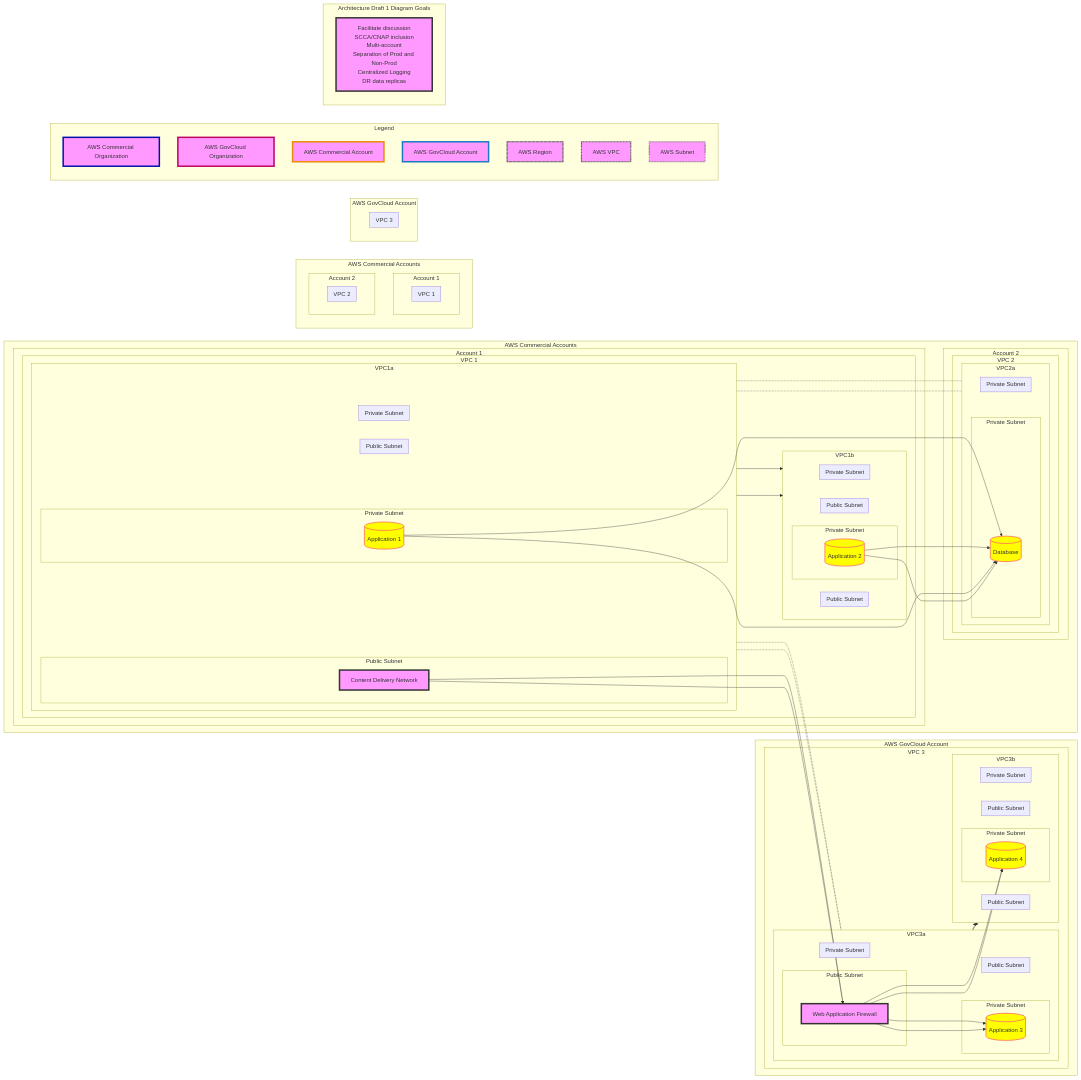
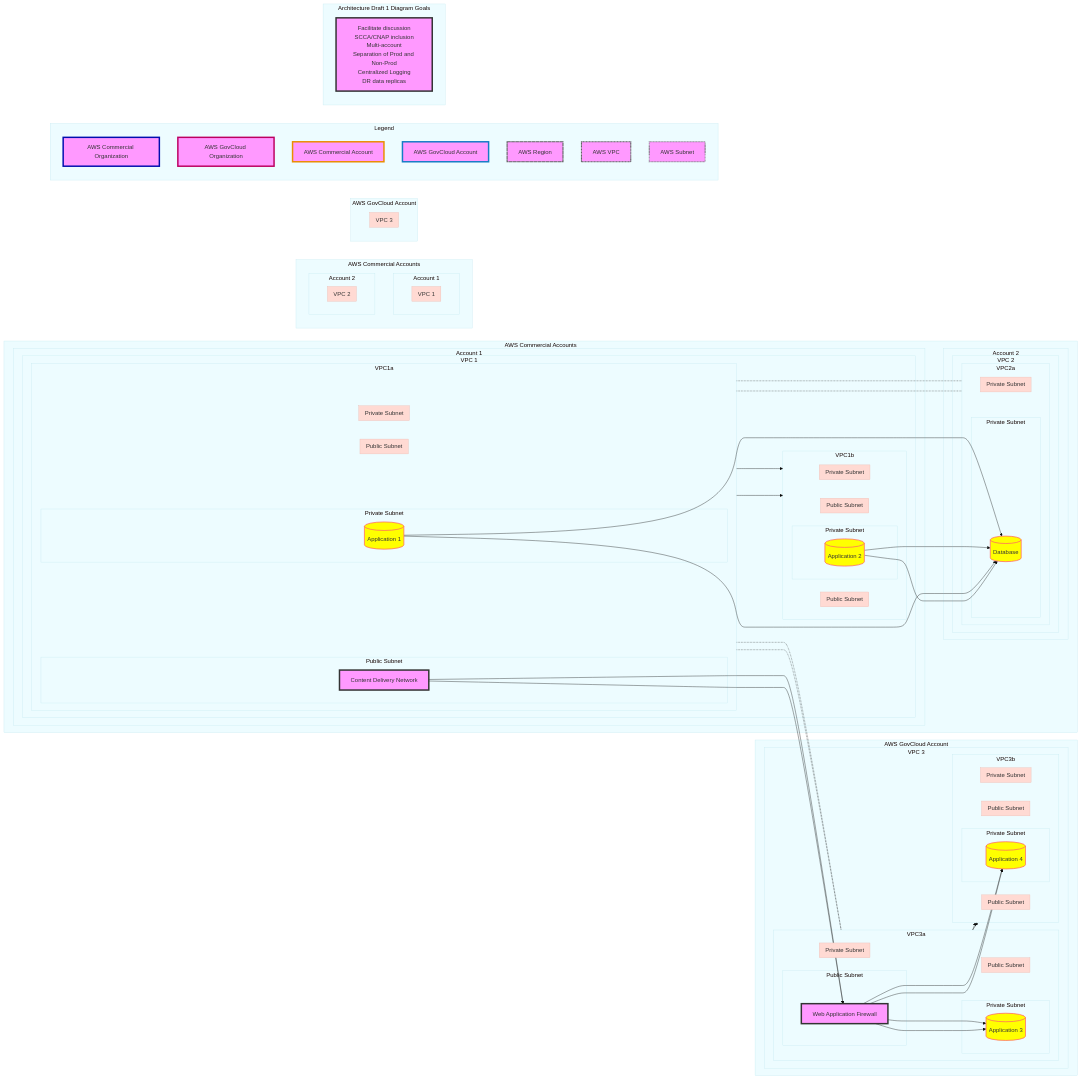
One commit to jtenney59/jtenney59 changed the diagram in draft-high-level-network.mmd. Above: the diagram before and after it, drawn with Mermaid.

Commit message:
Update draft-high-level-network.mmd
color

```diff
--- a/draft-high-level-network.mmd
+++ b/draft-high-level-network.mmd
@@ -1,174 +1,183 @@
 %%title: High Level Network Diagram
 
 graph LR
+
+%%{
+  init: {
+    'theme': 'base',
+    'themeVariables': {
+      'primaryColor': '#ffdad3'
+    }
+  }
+}%%
 
 %%style
 classDef govAcctStyle stroke:#167CC5,stroke-width:4px
 classDef comAcctStyle stroke:#ea8d02,stroke-width:4px
 classDef govOrgStyle stroke:#bc0061,stroke-width:4px
 classDef comOrgStyle stroke:#010daf,stroke-width:4px
 classDef regionStyle stroke:#616363,stroke-width:3px,stroke-dasharray: 10 1
 classDef vpcStyle stroke:#616363,stroke-width:3px,stroke-dasharray: 3 1
 classDef azStyle stroke:#616363,stroke-width:3px,stroke-dasharray: 3 1
 classDef subnetStyle stroke:#616363,stroke-width:3px,stroke-dasharray: 1 1
 
     subgraph AWS Commercial Accounts
         subgraph Account 1
             subgraph VPC 1
                 VPC1a[AZ 1a]
                 VPC1b[AZ 1b]
                 VPC1a --> VPC1b
                 subgraph VPC1a
                     subgraph Public Subnet
                         CDN[Content Delivery Network]
                     end
                     subgraph Private Subnet
                         App1[(Application 1)]
                     end
                 end
                 subgraph VPC1b
                     subgraph Public Subnet
                     end
                     subgraph Private Subnet
                         App2[(Application 2)]
                     end
                 end
             end
         end
 
         subgraph Account 2
             subgraph VPC 2
                 VPC2a[AZ 2a]
                 subgraph VPC2a
                     subgraph Private Subnet
                         DB[(Database)]
                     end
                 end
             end
         end
         VPC1a -.- VPC2a[Peering Connection]
     end
 
     subgraph AWS GovCloud Account
         subgraph VPC 3
             VPC3a[AZ 3a]
             VPC3b[AZ 3b]
             VPC3a --> VPC3b
             subgraph VPC3a
                 subgraph Public Subnet
                     WAF[Web Application Firewall]
                 end
                 subgraph Private Subnet
                     App3[(Application 3)]
                 end
             end
             subgraph VPC3b
                 subgraph Public Subnet
                 end
                 subgraph Private Subnet
                     App4[(Application 4)]
                 end
             end
         end
         VPC1a -.- VPC3a[Peering Connection]
     end
 
     CDN --> WAF
     WAF --> App3
     WAF --> App4
     App1 --> DB
     App2 --> DB
 
     classDef default fill:#f9f,stroke:#333,stroke-width:4px;
     classDef special fill:#ff0,stroke:#f66,stroke-width:2px;
     class App1,App2,App3,App4,DB special;
 
 
     subgraph AWS Commercial Accounts
         subgraph Account 1
             subgraph VPC 1
                 VPC1a[AZ 1a]
                 VPC1b[AZ 1b]
                 VPC1a --> VPC1b
                 subgraph VPC1a
                     subgraph Public Subnet
                         CDN[Content Delivery Network]
                     end
                     subgraph Private Subnet
                         App1[(Application 1)]
                     end
                 end
                 subgraph VPC1b
                     subgraph Public Subnet
                     end
                     subgraph Private Subnet
                         App2[(Application 2)]
                     end
                 end
             end
         end
 
         subgraph Account 2
             subgraph VPC 2
                 VPC2a[AZ 2a]
                 subgraph VPC2a
                     subgraph Private Subnet
                         DB[(Database)]
                     end
                 end
             end
         end
         VPC1a -.- VPC2a[Peering Connection]
     end
 
     subgraph AWS GovCloud Account
         subgraph VPC 3
             VPC3a[AZ 3a]
             VPC3b[AZ 3b]
             VPC3a --> VPC3b
             subgraph VPC3a
                 subgraph Public Subnet
                     WAF[Web Application Firewall]
                 end
                 subgraph Private Subnet
                     App3[(Application 3)]
                 end
             end
             subgraph VPC3b
                 subgraph Public Subnet
                 end
                 subgraph Private Subnet
                     App4[(Application 4)]
                 end
             end
         end
         VPC1a -.- VPC3a[Peering Connection]
     end
 
     CDN --> WAF
     WAF --> App3
     WAF --> App4
     App1 --> DB
     App2 --> DB
 
     classDef default fill:#f9f,stroke:#333,stroke-width:4px;
     classDef special fill:#ff0,stroke:#f66,stroke-width:2px;
     class App1,App2,App3,App4,DB special;
 
 
 %%Legend
   subgraph Legend
     direction TB
     legend_CommOrg[AWS Commercial Organization]:::comOrgStyle
     legend_GovOrg[AWS GovCloud Organization]:::govOrgStyle
     legend_CommAcct[AWS Commercial Account]:::comAcctStyle
     legend_GovAcct[AWS GovCloud Account]:::govAcctStyle
     legend_region[AWS Region]:::regionStyle
     legend_vpc[AWS VPC]:::vpcStyle
     legend_subnet[AWS Subnet]:::subnetStyle
   end
 
 %%Goals
   subgraph Architecture Draft 1 Diagram Goals
     textbox[Facilitate discussion<br>SCCA/CNAP inclusion<br>Multi-account<br>Separation of Prod and Non-Prod<br>Centralized Logging<br>DR data replicas]
   end
```
